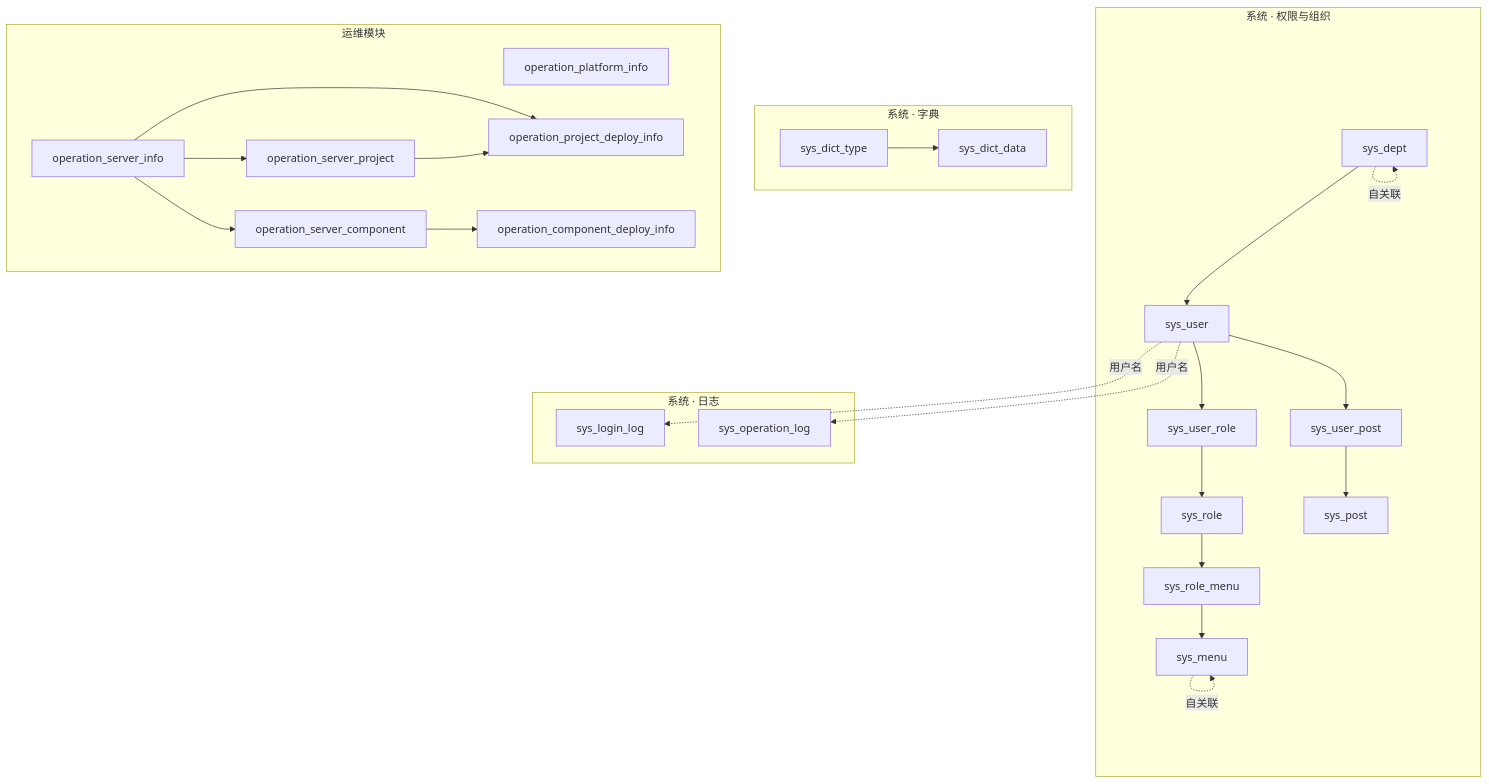
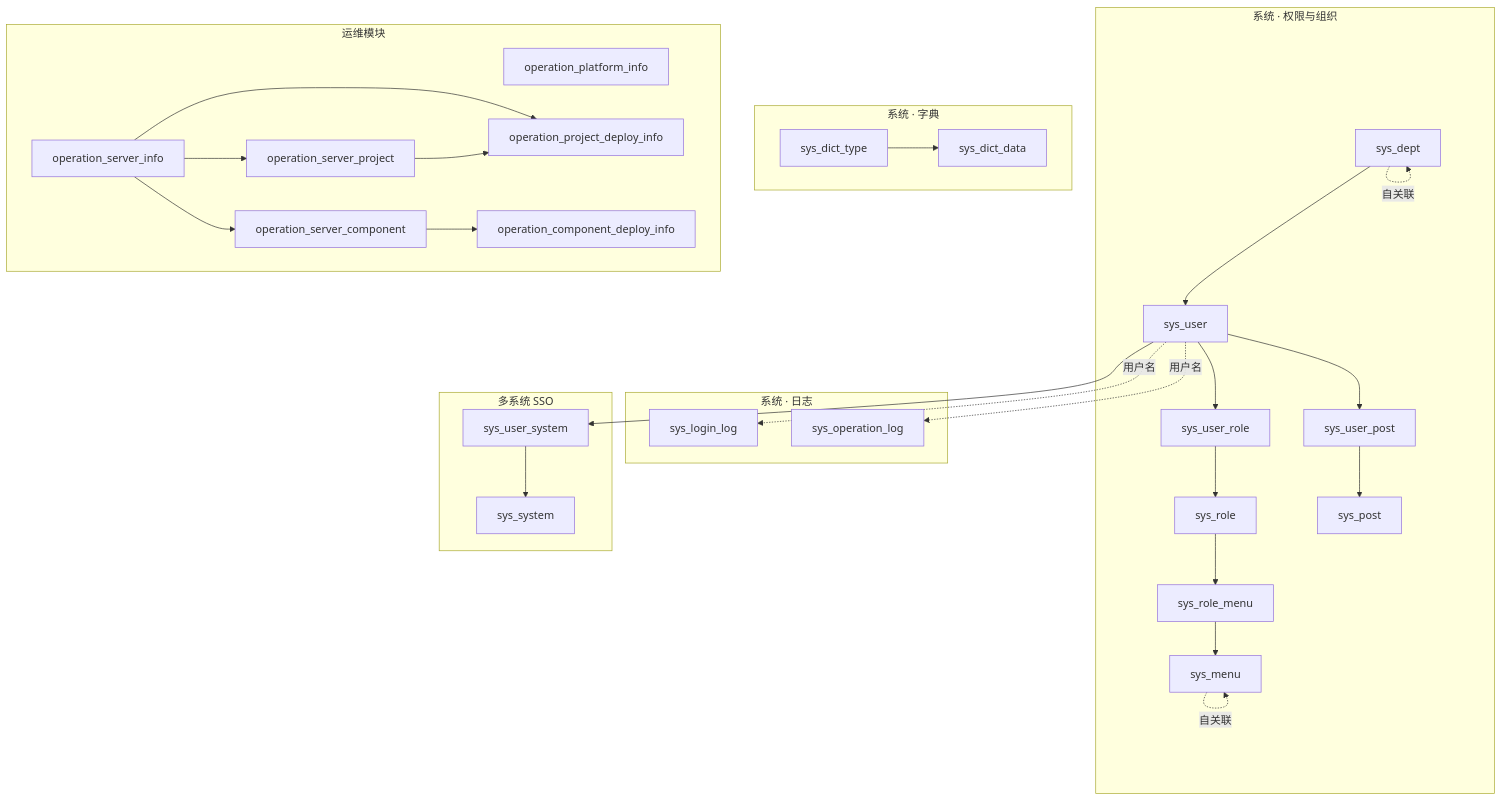
The first of 6 diagrams in docs/database-schema-diagram.md (wujinsen/moli-project-single), drawn with Mermaid before and after one commit. The commit also changed other lines of this file and 99 other files, not shown here.

````diff
--- a/docs/database-schema-diagram.md
+++ b/docs/database-schema-diagram.md
@@ -16,45 +16,51 @@
 ```mermaid
 flowchart TB
     subgraph RBAC["系统 · 权限与组织"]
         dept[sys_dept]
         user[sys_user]
         role[sys_role]
         menu[sys_menu]
         post[sys_post]
         ur[sys_user_role]
         rm[sys_role_menu]
         up[sys_user_post]
         dept --> user
         user --> ur --> role
         role --> rm --> menu
         user --> up --> post
         dept -.自关联.-> dept
         menu -.自关联.-> menu
     end
 
     subgraph DICT["系统 · 字典"]
         dt[sys_dict_type]
         dd[sys_dict_data]
         dt --> dd
     end
 
     subgraph LOG["系统 · 日志"]
         ll[sys_login_log]
         ol[sys_operation_log]
     end
 
     subgraph OPS["运维模块"]
         plat[operation_platform_info]
         srv[operation_server_info]
         proj[operation_project_deploy_info]
         comp[operation_component_deploy_info]
         sp[operation_server_project]
         sc[operation_server_component]
         srv --> proj
         srv --> sp --> proj
         srv --> sc --> comp
     end
 
+    subgraph SSO["多系统 SSO"]
+        sys[sys_system]
+        us[sys_user_system]
+        user --> us --> sys
+    end
+
     user -.用户名.-> ll
     user -.用户名.-> ol
 ```
````
